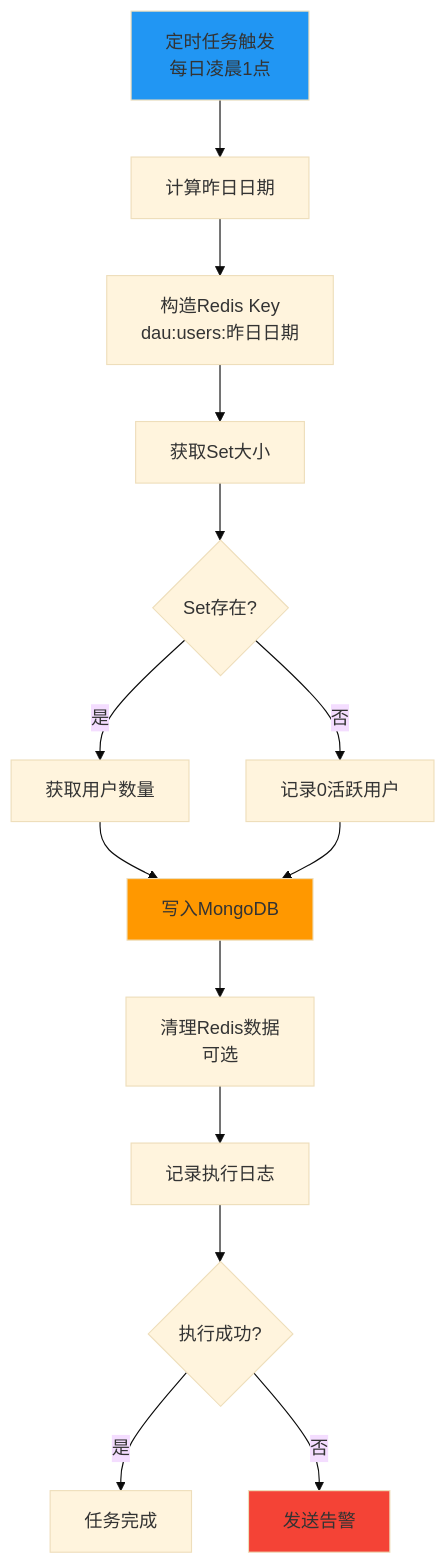
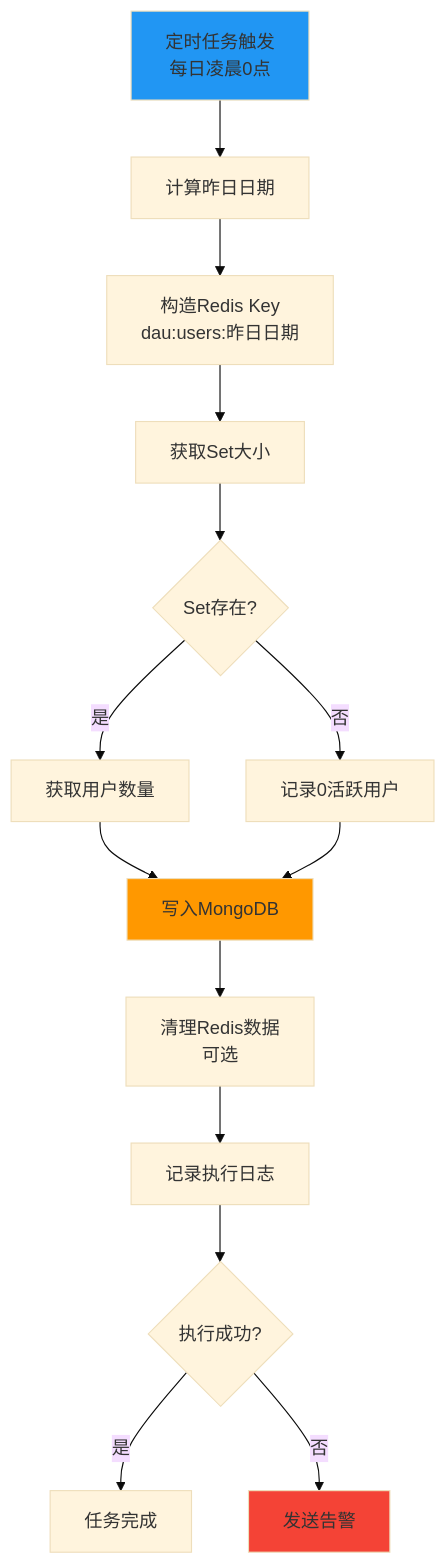
One commit to yingjianzh/iodraw-files changed the diagram in all/未命名-77.md. Above: the diagram before and after it, drawn with Mermaid (base theme).

Commit message:
2025-07-08 14:01:29 update

````diff
--- a/all/未命名-77.md
+++ b/all/未命名-77.md
@@ -1,20 +1,20 @@
 ```mermaid
 flowchart TD
-    A[定时任务触发<br/>每日凌晨1点] --> B[计算昨日日期]
+    A[定时任务触发<br/>每日凌晨0点] --> B[计算昨日日期]
     B --> C[构造Redis Key<br/>dau:users:昨日日期]
     C --> D[获取Set大小]
     D --> E{Set存在?}
     E -->|否| F[记录0活跃用户]
     E -->|是| G[获取用户数量]
     G --> H[写入MongoDB]
     F --> H
     H --> I[清理Redis数据<br/>可选]
     I --> J[记录执行日志]
     J --> K{执行成功?}
     K -->|是| L[任务完成]
     K -->|否| M[发送告警]
     
     style A fill:#2196f3
     style H fill:#ff9800
     style M fill:#f44336
 ```
````
